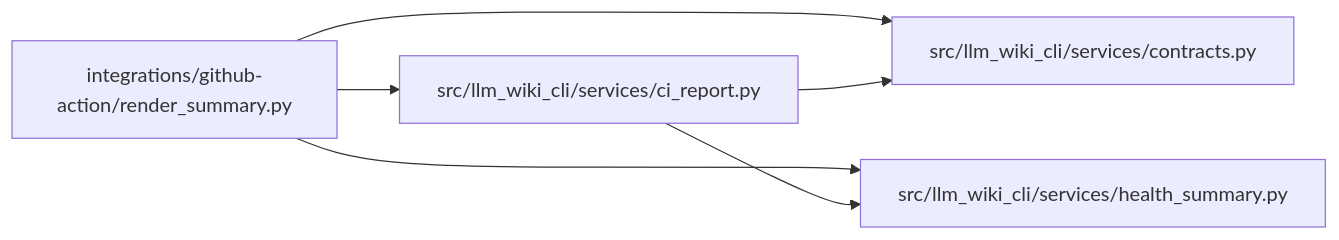
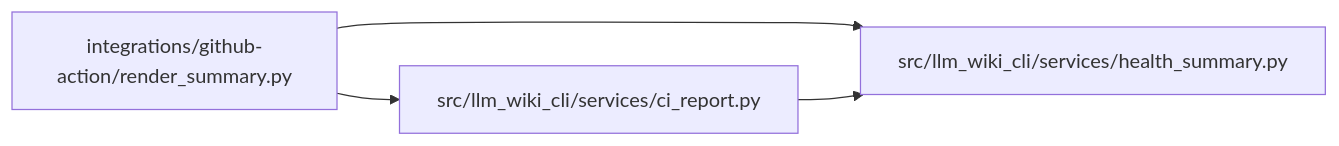
Before and after one commit to Denissvgn/python-wiki-llm: the diagram in docs/llm_wiki/modules/render_summary.md, drawn with Mermaid. The commit also changed other lines of this file and 1103 other files, not shown here.

First line of the commit message:
docs: refresh the wiki for the llm-wiki-engine distribution

````diff
--- a/docs/llm_wiki/modules/render_summary.md
+++ b/docs/llm_wiki/modules/render_summary.md
@@ -32,16 +32,12 @@
 ```mermaid
 flowchart LR
     n0["integrations/github-action/render_summary.py"]
     n1["src/llm_wiki_cli/services/ci_report.py"]
-    n2["src/llm_wiki_cli/services/contracts.py"]
-    n3["src/llm_wiki_cli/services/health_summary.py"]
+    n2["src/llm_wiki_cli/services/health_summary.py"]
     n0 --> n1
     n0 --> n2
-    n0 --> n3
     n1 --> n2
-    n1 --> n3
     click n0 "../modules/render_summary.md"
     click n1 "../modules/ci_report.md"
-    click n2 "../modules/services_contracts.md"
-    click n3 "../modules/health_summary.md"
+    click n2 "../modules/health_summary.md"
 ```
````
